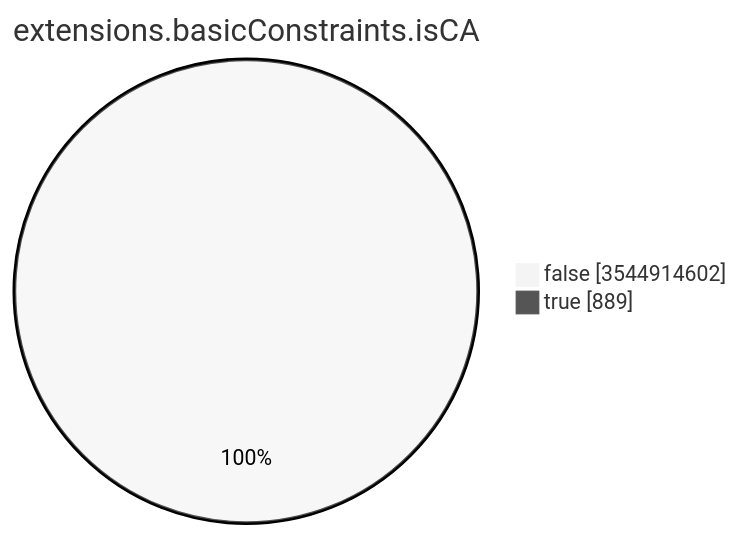
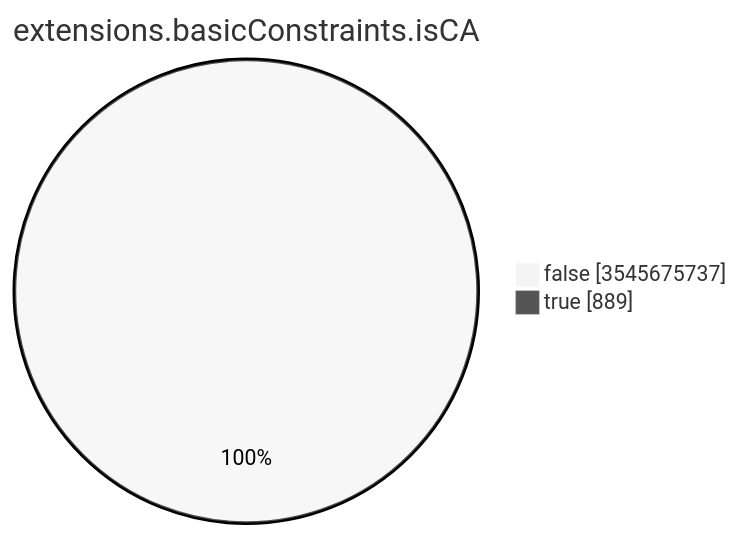
Before and after one commit to christiankrug/ctmonitor_visualization: the seventh of 15 diagrams in TOTAL/README.md, drawn with Mermaid (neutral theme). The commit also changed other lines of this file, not shown here.

````diff
--- a/TOTAL/README.md
+++ b/TOTAL/README.md
@@ -3094,6 +3094,6 @@
 ```mermaid
 pie showData
 title extensions.basicConstraints.isCA
-"false" :3544914602
+"false" :3545675737
 "true" :889
 ```
````
